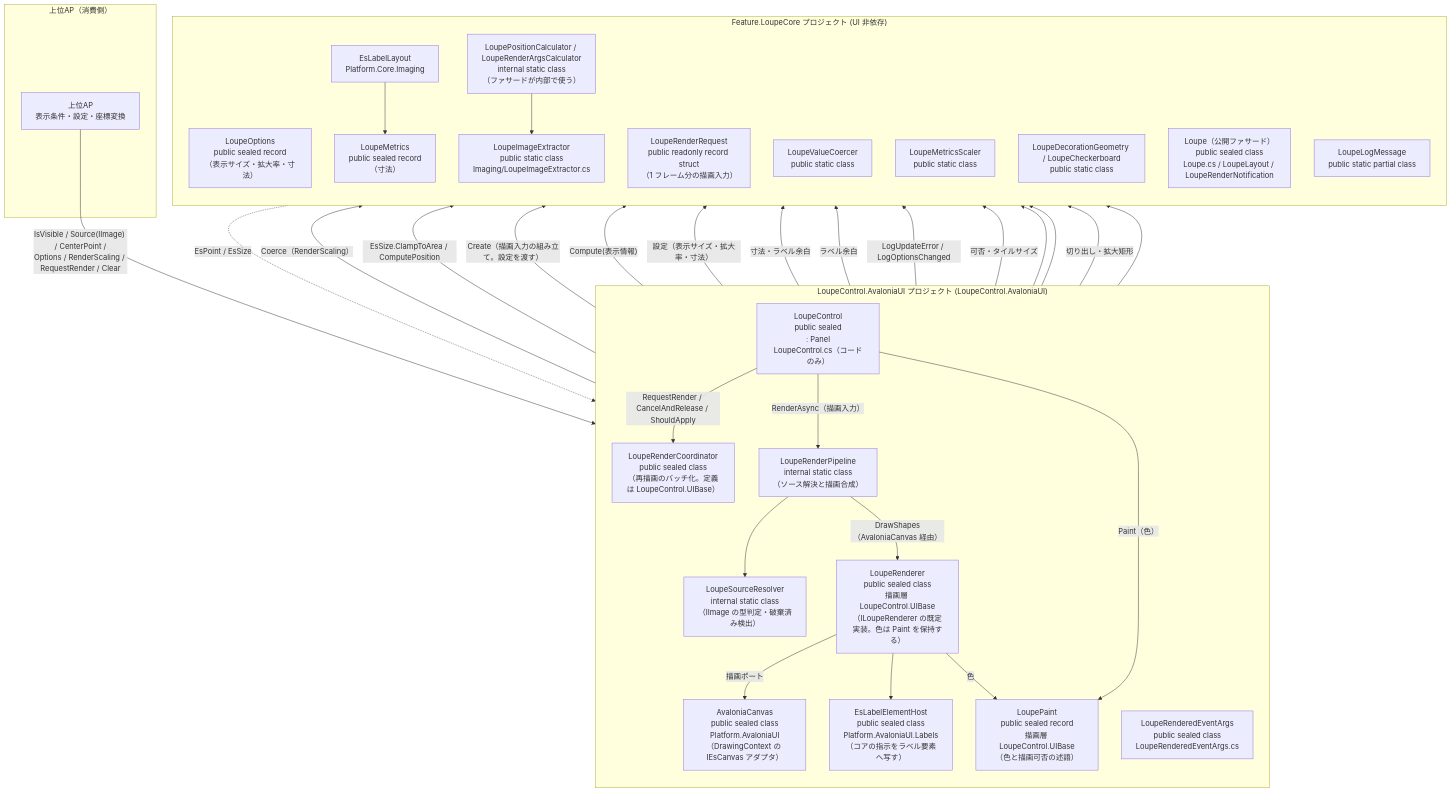
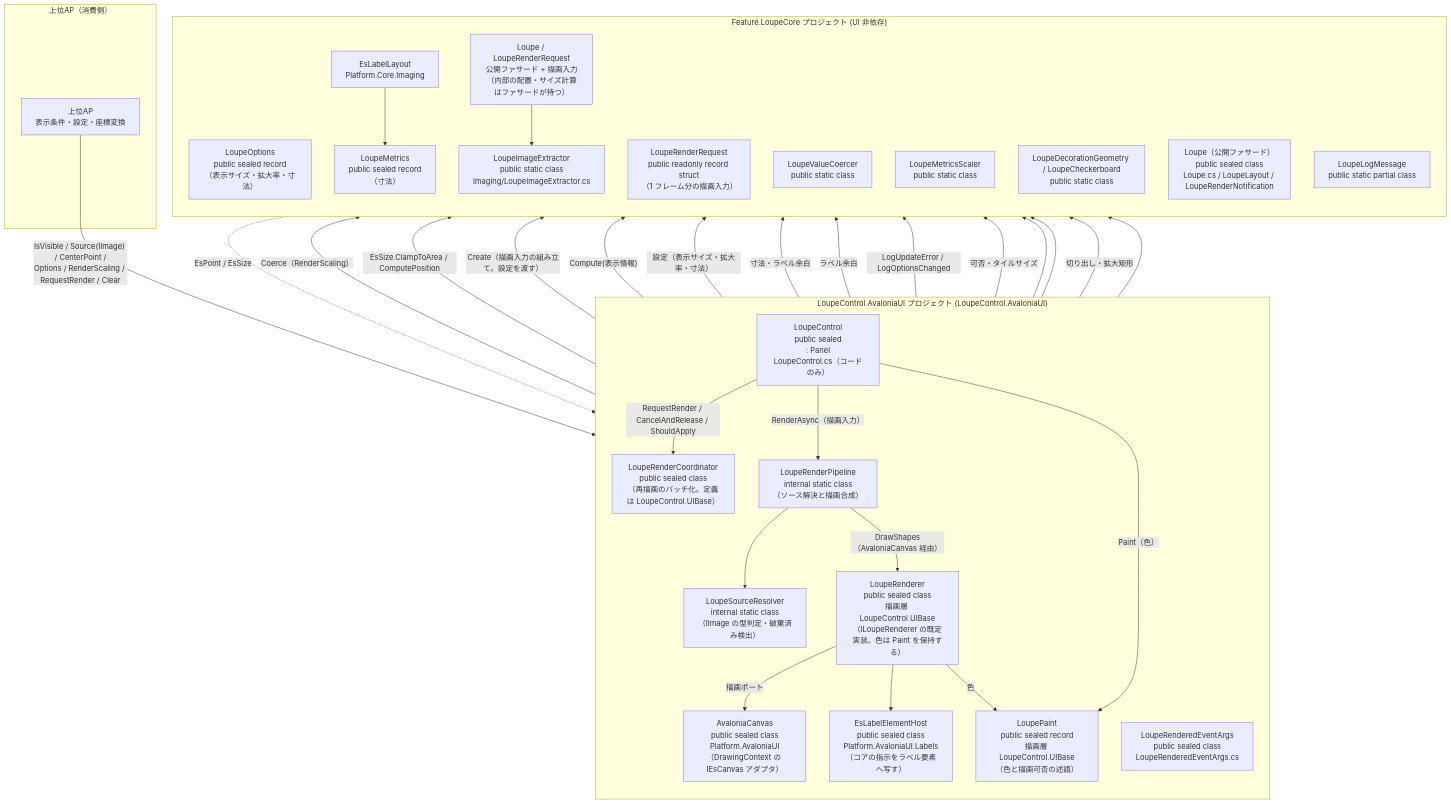
The first of 2 diagrams in src/LoupeControl.AvaloniaUI/SPEC_System.md (tomokuni/SaveEvidence), drawn with Mermaid before and after one commit. The commit also changed 29 other files, not shown here.

````diff
--- a/src/LoupeControl.AvaloniaUI/SPEC_System.md
+++ b/src/LoupeControl.AvaloniaUI/SPEC_System.md
@@ -92,58 +92,58 @@
 ```mermaid
 flowchart TB
     subgraph Host["上位AP（消費側）"]
         AP["上位AP<br/>表示条件・設定・座標変換"]
     end
     subgraph LC["LoupeControl.AvaloniaUI プロジェクト (LoupeControl.AvaloniaUI)"]
         direction TB
         Ctl["LoupeControl<br/>public sealed<br/>: Panel<br/>LoupeControl.cs（コードのみ）"]
         Coh["LoupeRenderCoordinator<br/>public sealed class<br/>（再描画のバッチ化。定義は LoupeControl.UIBase）"]
         Pip["LoupeRenderPipeline<br/>internal static class<br/>（ソース解決と描画合成）"]
         Src["LoupeSourceResolver<br/>internal static class<br/>（IImage の型判定・破棄済み検出）"]
         Rdr["LoupeRenderer<br/>public sealed class<br/>描画層 LoupeControl.UIBase<br/>（ILoupeRenderer の既定実装。色は Paint を保持する）"]
         Pnt["LoupePaint<br/>public sealed record<br/>描画層 LoupeControl.UIBase<br/>（色と描画可否の述語）"]
         Cvs["AvaloniaCanvas<br/>public sealed class<br/>Platform.AvaloniaUI<br/>（DrawingContext の IEsCanvas アダプタ）"]
         Brs["EsLabelElementHost<br/>public sealed class<br/>Platform.AvaloniaUI.Labels<br/>（コアの指示をラベル要素へ写す）"]
         Evt["LoupeRenderedEventArgs<br/>public sealed class<br/>LoupeRenderedEventArgs.cs"]
     end
     subgraph Core["Feature.LoupeCore プロジェクト (UI 非依存)"]
         direction TB
         Opt["LoupeOptions<br/>public sealed record<br/>（表示サイズ・拡大率・寸法）"]
         Req["LoupeRenderRequest<br/>public readonly record struct<br/>（1 フレーム分の描画入力）"]
         App["LoupeMetrics<br/>public sealed record<br/>（寸法）"]
         Ext["LoupeImageExtractor<br/>public static class<br/>Imaging/LoupeImageExtractor.cs"]
         Coerce["LoupeValueCoercer<br/>public static class"]
         Scale["LoupeMetricsScaler<br/>public static class"]
         Geo["LoupeDecorationGeometry / LoupeCheckerboard<br/>public static class"]
         Lay["EsLabelLayout<br/>Platform.Core.Imaging"]
         Pos["Loupe（公開ファサード）<br/>public sealed class<br/>Loupe.cs / LoupeLayout / LoupeRenderNotification"]
-        Args["LoupePositionCalculator / LoupeRenderArgsCalculator<br/>internal static class<br/>（ファサードが内部で使う）"]
+        Args["Loupe / LoupeRenderRequest<br/>公開ファサード + 描画入力<br/>（内部の配置・サイズ計算はファサードが持つ）"]
         Log["LoupeLogMessage<br/>public static partial class"]
     end
 
     AP -->|"IsVisible / Source(IImage) / CenterPoint /<br/>Options / RenderScaling / RequestRender / Clear"| Ctl
     Ctl -->|"RequestRender / CancelAndRelease / ShouldApply"| Coh
     Ctl -->|"RenderAsync（描画入力）"| Pip
     Pip --> Src
     Ctl -->|"Coerce（RenderScaling）"| Coerce
     Ctl -->|"EsSize.ClampToArea / ComputePosition"| Pos
     Ctl -->|"Create（描画入力の組み立て。設定を渡す）"| Req
     Ctl -->|"Compute(表示情報)"| Args
     Ctl -->|"設定（表示サイズ・拡大率・寸法）"| Opt
     Ctl -->|"寸法・ラベル余白"| App
     Ctl -->|"Paint（色）"| Pnt
     Ctl -->|"ラベル余白"| Lay
     Ctl -->|"LogUpdateError / LogOptionsChanged"| Log
     Pip -->|"DrawShapes（AvaloniaCanvas 経由）"| Rdr
     Rdr -->|"描画ポート"| Cvs
     Rdr --> Brs
     Rdr -->|"可否・タイルサイズ"| App
     Rdr -->|"色"| Pnt
     Rdr --> Scale
     Rdr --> Geo
     Rdr -->|"切り出し・拡大矩形"| Ext
     Rdr --> Req
     Lay --> App
     Args --> Ext
     Ext -.->|"EsPoint / EsSize"| Ctl
 ```
````
